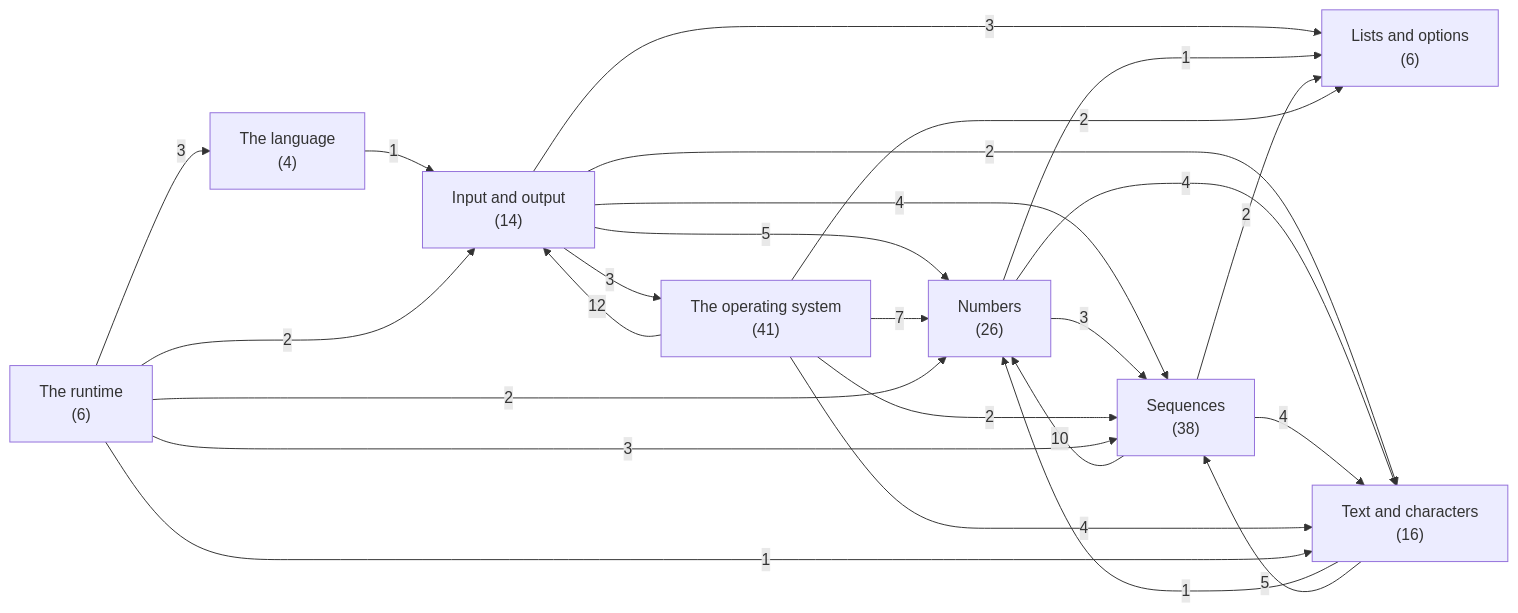
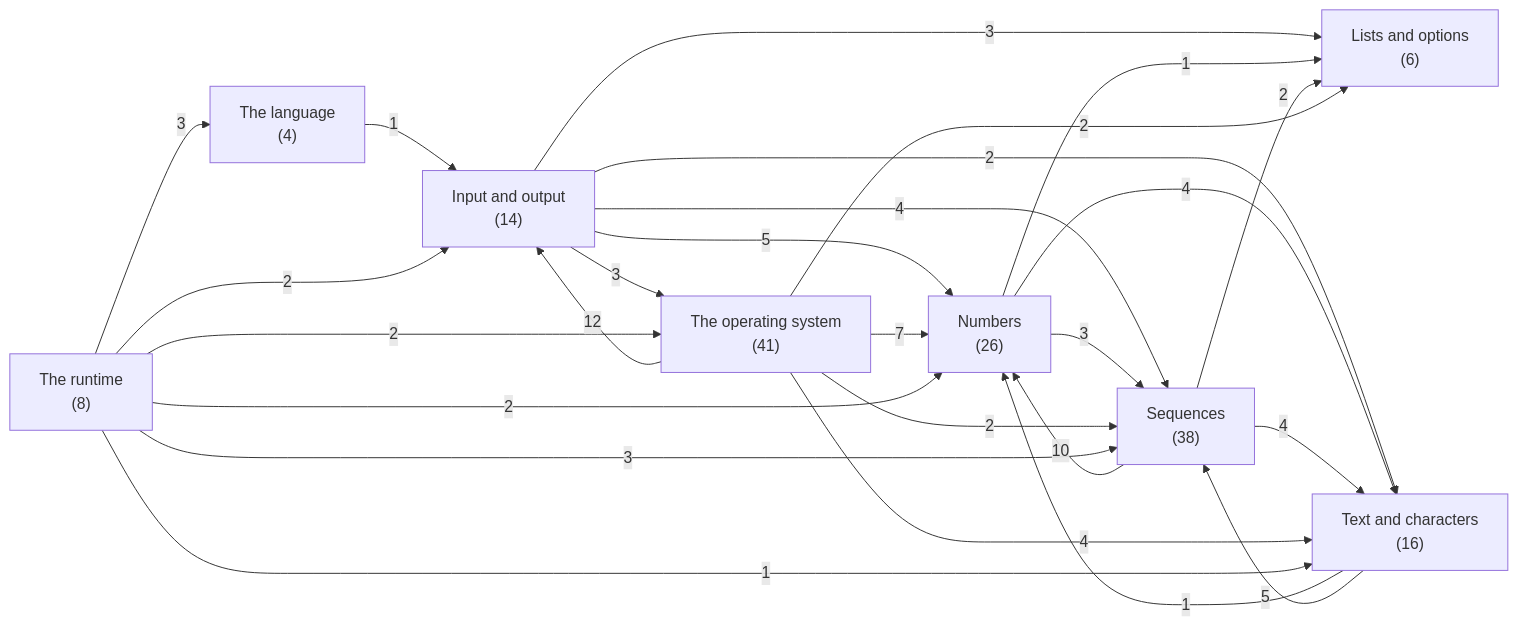
One commit to ruudkoot/rune changed the first of 9 diagrams in docs/generated/basis/depends.md. Above: the diagram before and after it, drawn with Mermaid. The commit also changed other lines of this file and 67 other files, not shown here.

````diff
--- a/docs/generated/basis/depends.md
+++ b/docs/generated/basis/depends.md
@@ -24,35 +24,36 @@
 ```mermaid
 flowchart LR
   a0["The language<br>(4)"]
   a1["Text and characters<br>(16)"]
   a2["Lists and options<br>(6)"]
   a3["Numbers<br>(26)"]
   a4["Sequences<br>(38)"]
   a5["The operating system<br>(41)"]
   a6["Input and output<br>(14)"]
-  a7["The runtime<br>(6)"]
+  a7["The runtime<br>(8)"]
   a6 -- 3 --> a2
   a6 -- 5 --> a3
   a6 -- 4 --> a4
   a6 -- 2 --> a1
   a6 -- 3 --> a5
   a3 -- 1 --> a2
   a3 -- 3 --> a4
   a3 -- 4 --> a1
   a4 -- 2 --> a2
   a4 -- 10 --> a3
   a4 -- 4 --> a1
   a1 -- 1 --> a3
   a1 -- 5 --> a4
   a0 -- 1 --> a6
   a5 -- 12 --> a6
   a5 -- 2 --> a2
   a5 -- 7 --> a3
   a5 -- 2 --> a4
   a5 -- 4 --> a1
   a7 -- 2 --> a6
   a7 -- 2 --> a3
   a7 -- 3 --> a4
   a7 -- 1 --> a1
   a7 -- 3 --> a0
+  a7 -- 2 --> a5
 ```
````
